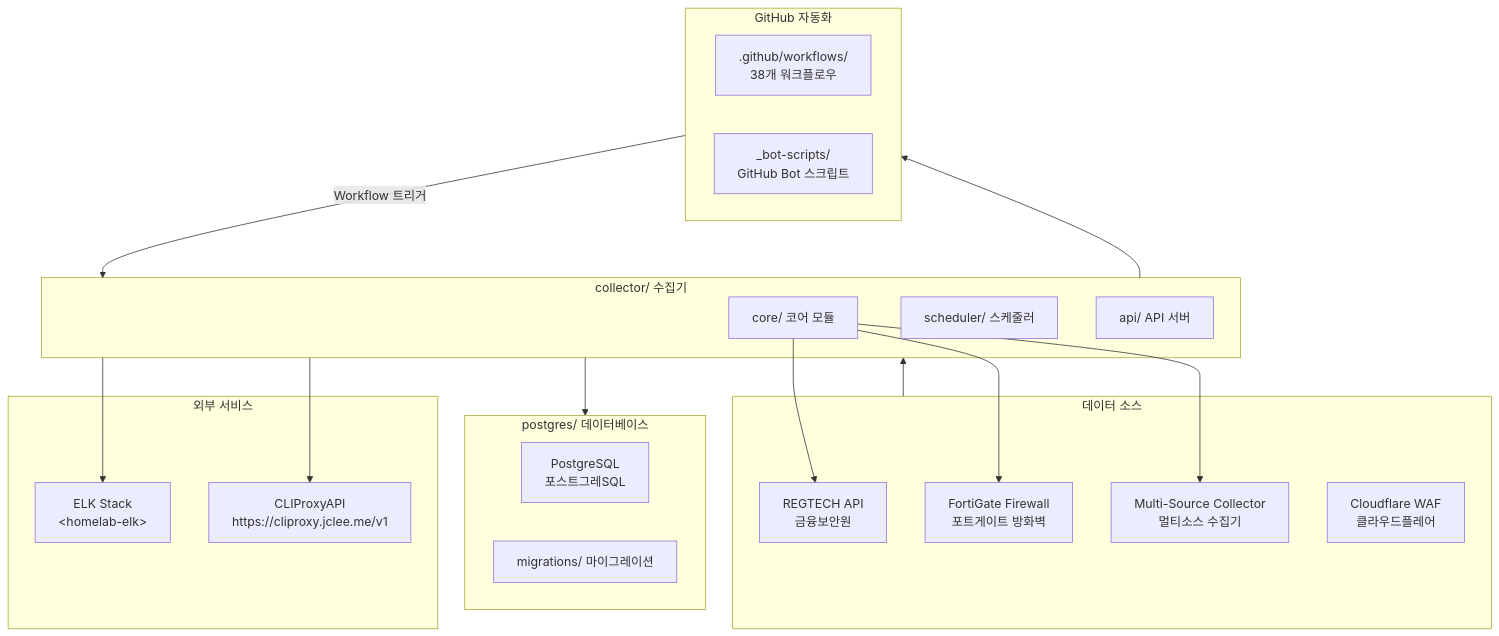
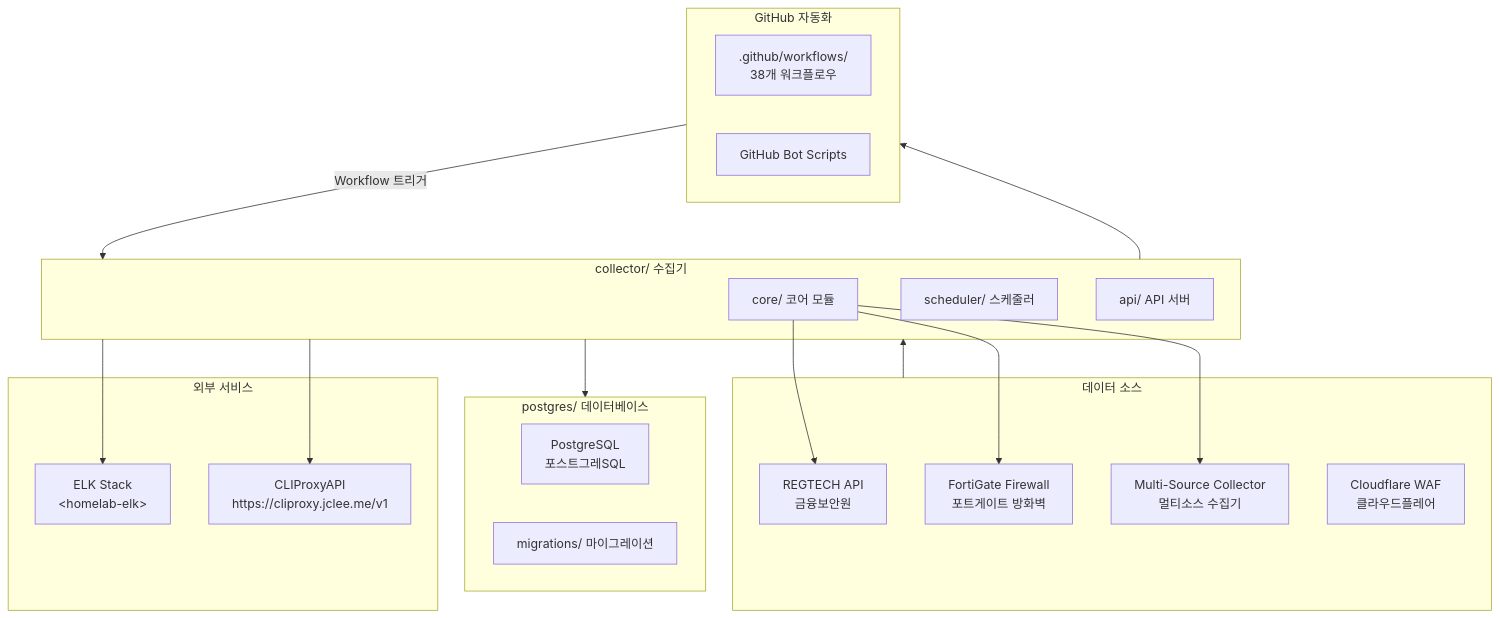
Before and after one commit to jclee941/blacklist: the first of 2 diagrams in README.md, drawn with Mermaid. The commit also changed other lines of this file, not shown here.

````diff
--- a/README.md
+++ b/README.md
@@ -25,41 +23,41 @@
 ```mermaid
 flowchart TB
     subgraph DataSources["데이터 소스"]
         REGTECH["REGTECH API<br/>금융보안원"]
         FORTIGATE["FortiGate Firewall<br/>포트게이트 방화벽"]
         MULTI["Multi-Source Collector<br/>멀티소스 수집기"]
         CLOUDFLARE["Cloudflare WAF<br/>클라우드플레어"]
     end
 
     subgraph Collector["collector/ 수집기"]
         CORE["core/ 코어 모듈"]
         SCHEDULER["scheduler/ 스케줄러"]
         API["api/ API 서버"]
 
         CORE --> FORTIGATE
         CORE --> REGTECH
         CORE --> MULTI
     end
 
     subgraph Database["postgres/ 데이터베이스"]
         PG["PostgreSQL<br/>포스트그레SQL"]
         MIGRATIONS["migrations/ 마이그레이션"]
     end
 
     subgraph GitHubAutomation["GitHub 자동화"]
         WORKFLOWS[".github/workflows/<br/>38개 워크플로우"]
-        BOTS["_bot-scripts/<br/>GitHub Bot 스크립트"]
+        BOTS["GitHub Bot Scripts"]
     end
 
     subgraph ExternalServices["외부 서비스"]
         ELK["ELK Stack<br/>&lt;homelab-elk&gt;"]
         PROXY["CLIProxyAPI<br/>https://cliproxy.jclee.me/v1"]
     end
 
     DataSources --> Collector
     Collector --> Database
     Collector --> GitHubAutomation
     GitHubAutomation -->|"Workflow 트리거"| Collector
     Collector --> ELK
     Collector --> PROXY
 ```
````
